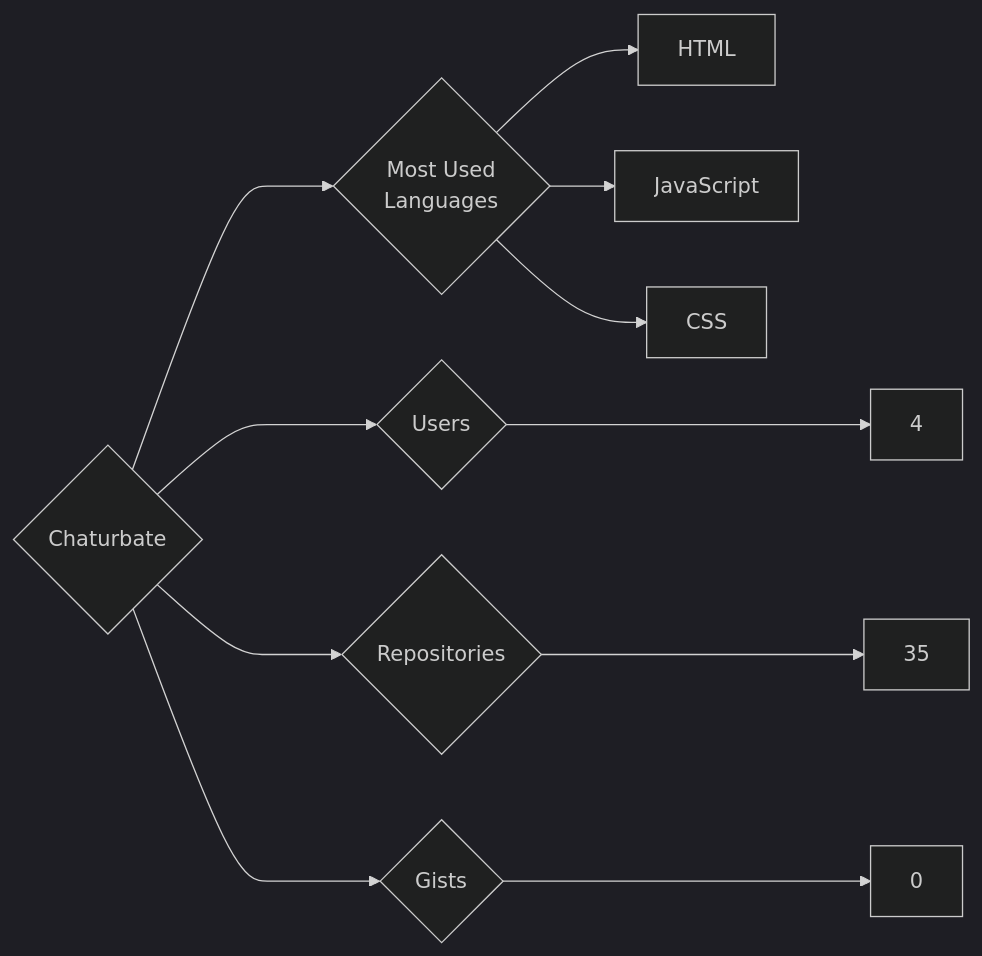
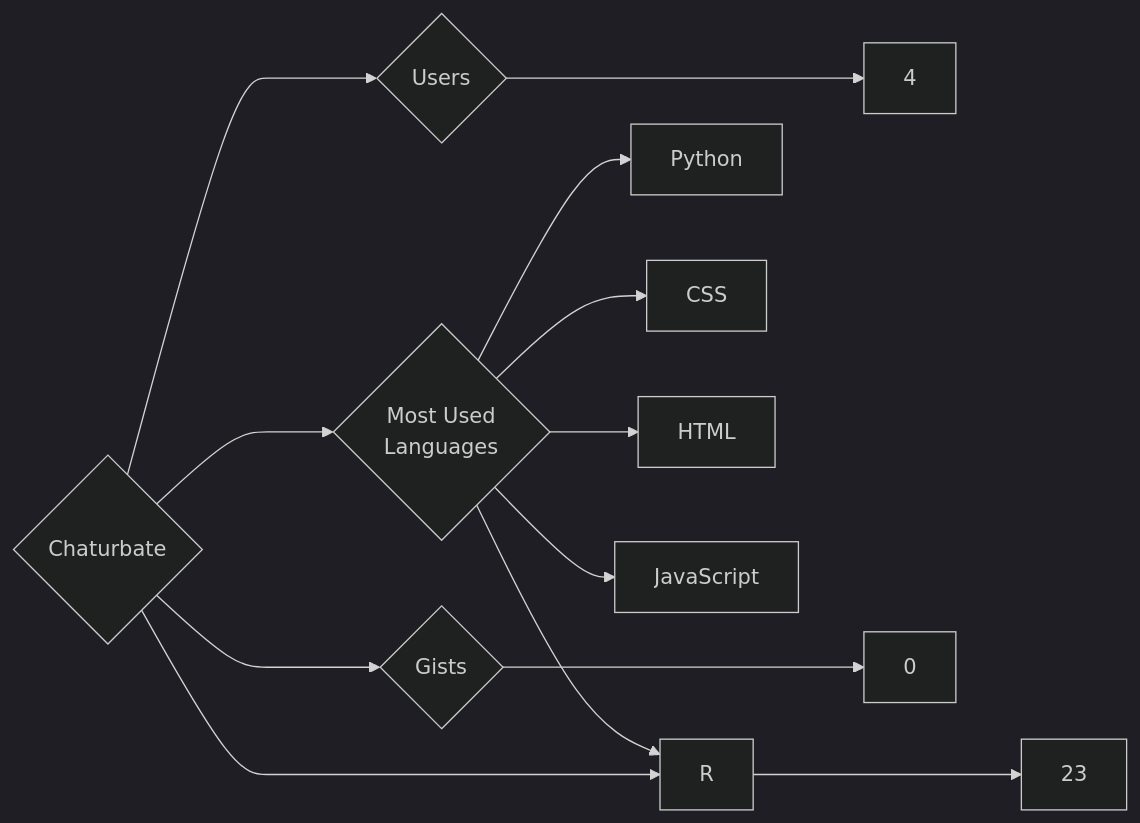
The diagram in targets/Chaturbate/README.md (trickest/insiders), drawn with Mermaid (dark theme) before and after one commit. The commit also changed 925 other files, not shown here.

````diff
--- a/targets/Chaturbate/README.md
+++ b/targets/Chaturbate/README.md
@@ -3,11 +3,13 @@
 ```mermaid
 graph LR
 COMPANY_NAME{Chaturbate}
 COMPANY_NAME ---> U{Users} ---> UN[4]
-COMPANY_NAME ---> R{Repositories} ---> RN[35]
+COMPANY_NAME ---> R{Repositories} ---> RN[23]
 COMPANY_NAME ---> G{Gists} ---> GN[0]
 COMPANY_NAME ---> ML{Most Used<br>Languages}
+ML --> Python[Python]
+ML --> CSS[CSS]
+ML --> R[R]
 ML --> HTML[HTML]
 ML --> JavaScript[JavaScript]
-ML --> CSS[CSS]
 ```
````
